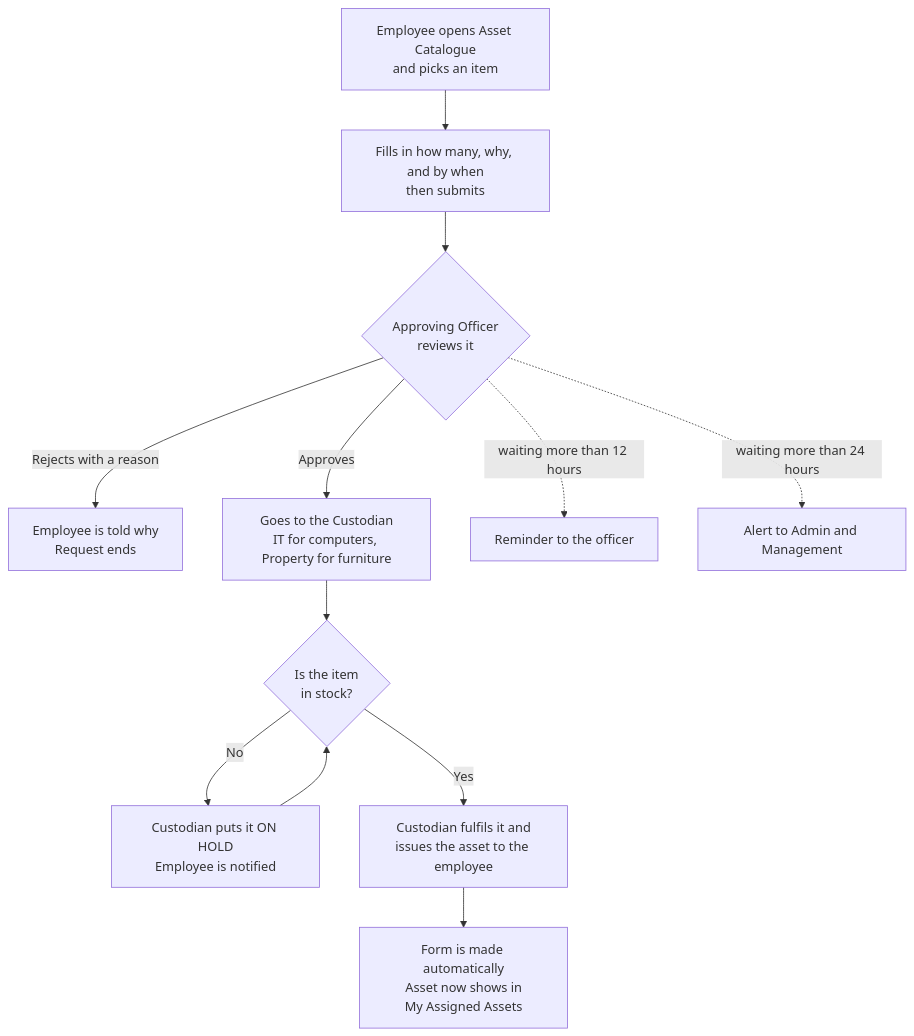
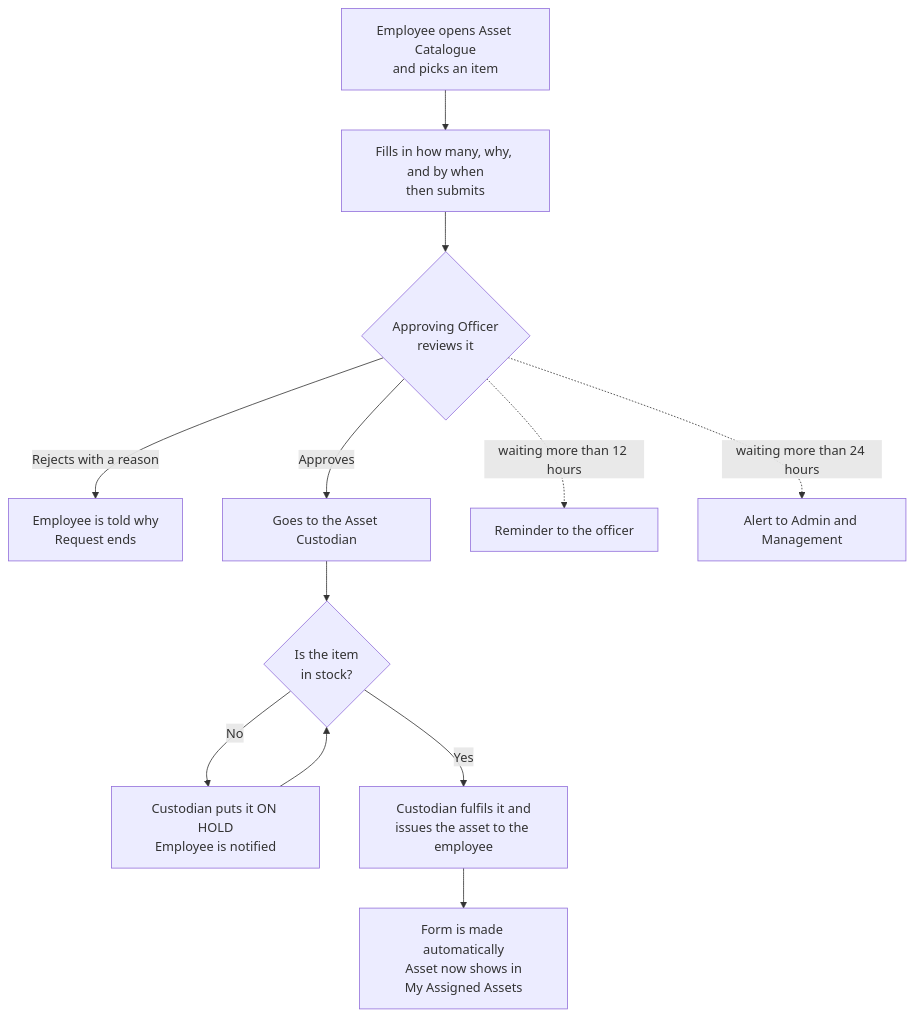
Before and after one commit to jherome29/ITAM-System: the second of 8 diagrams in docs/guides/SYSTEM-FLOW.md, drawn with Mermaid. The commit also changed other lines of this file and 18 other files, not shown here.

````diff
--- a/docs/guides/SYSTEM-FLOW.md
+++ b/docs/guides/SYSTEM-FLOW.md
@@ -36,15 +36,15 @@
 ```mermaid
 flowchart TD
   A["Employee opens Asset Catalogue<br/>and picks an item"] --> B["Fills in how many, why, and by when<br/>then submits"]
   B --> C{"Approving Officer<br/>reviews it"}
   C -->|"Rejects with a reason"| X["Employee is told why<br/>Request ends"]
-  C -->|"Approves"| D["Goes to the Custodian<br/>IT for computers, Property for furniture"]
+  C -->|"Approves"| D["Goes to the Asset Custodian"]
   D --> E{"Is the item<br/>in stock?"}
   E -->|"No"| H["Custodian puts it ON HOLD<br/>Employee is notified"]
   H --> E
   E -->|"Yes"| F["Custodian fulfils it and<br/>issues the asset to the employee"]
   F --> G["Form is made automatically<br/>Asset now shows in<br/>My Assigned Assets"]
 
   C -. "waiting more than 12 hours" .-> W1["Reminder to the officer"]
   C -. "waiting more than 24 hours" .-> W2["Alert to Admin and Management"]
 ```
````
